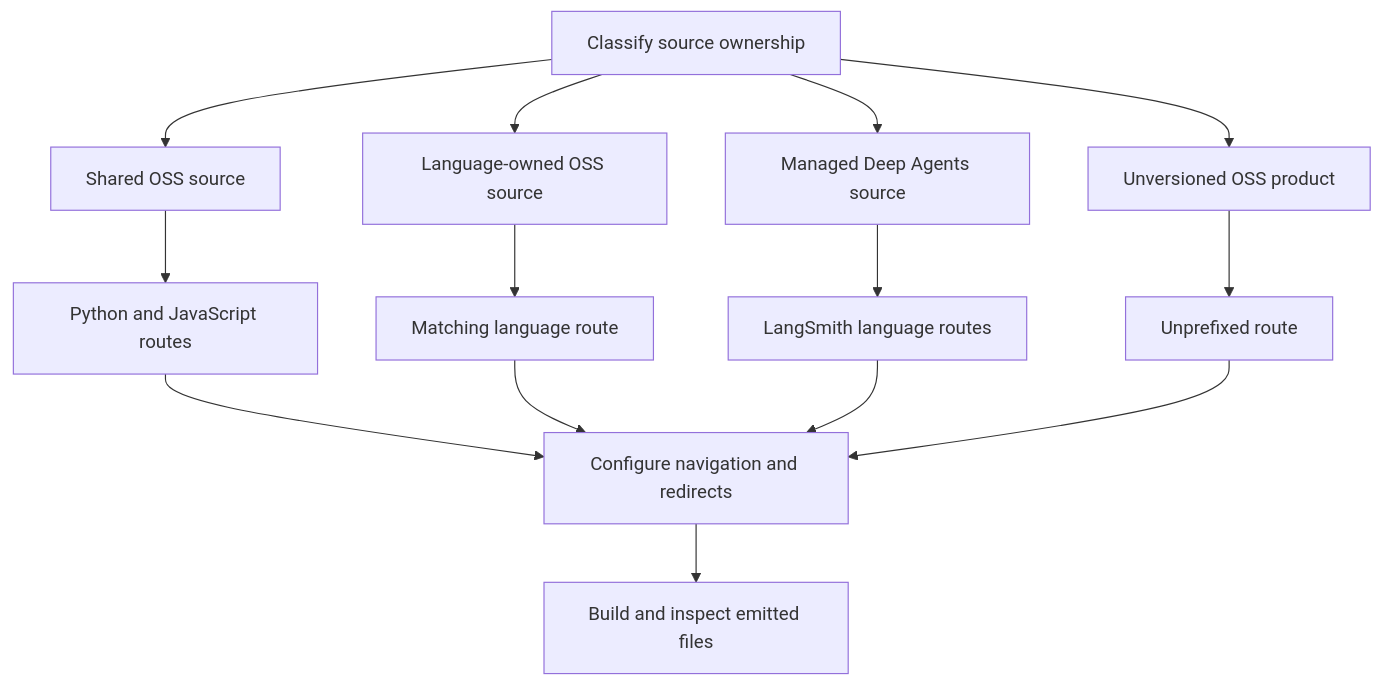
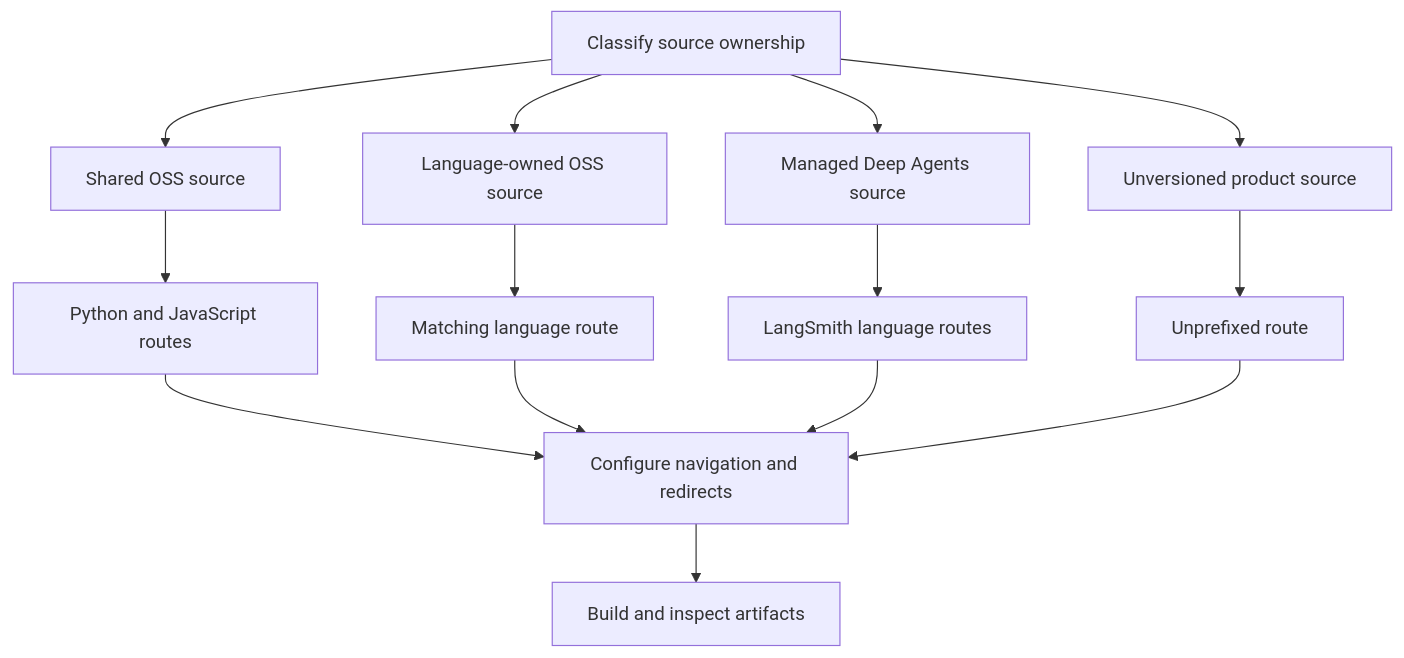
One commit to rishi-raj-jain/docs-1 changed the diagram in openwiki/workflows/versioned-content.md. Above: the diagram before and after it, drawn with Mermaid. The commit also changed other lines of this file and 50 other files, not shown here.

````diff
--- a/openwiki/workflows/versioned-content.md
+++ b/openwiki/workflows/versioned-content.md
@@ -35,16 +37,16 @@
 ```mermaid
 flowchart TD
     Start["Classify source ownership"] --> Shared["Shared OSS source"]
     Start --> Owned["Language-owned OSS source"]
-    Start --> MDA["Managed Deep Agents source"]
-    Start --> Product["Unversioned OSS product"]
+    Start --> Managed["Managed Deep Agents source"]
+    Start --> Product["Unversioned product source"]
     Shared --> Dual["Python and JavaScript routes"]
     Owned --> Single["Matching language route"]
-    MDA --> MDADual["LangSmith language routes"]
+    Managed --> ManagedDual["LangSmith language routes"]
     Product --> Plain["Unprefixed route"]
     Dual --> Configure["Configure navigation and redirects"]
     Single --> Configure
-    MDADual --> Configure
+    ManagedDual --> Configure
     Plain --> Configure
-    Configure --> Verify["Build and inspect emitted files"]
+    Configure --> Verify["Build and inspect artifacts"]
 ```
````
